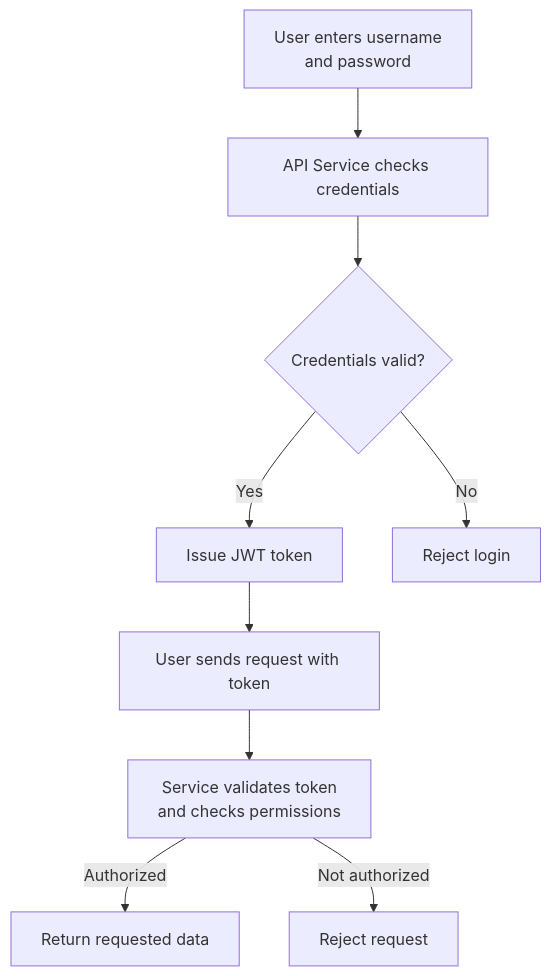
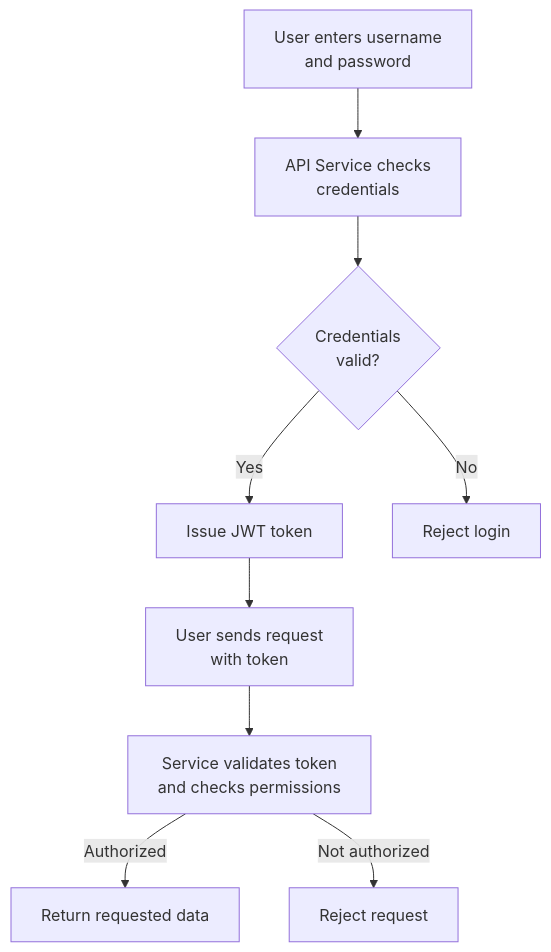
Before and after one commit to shadistaite/gym-management-system: the second of 2 diagrams in docs/architecture.md, drawn with Mermaid. The commit also changed other lines of this file, not shown here.

Commit message:
fix diagram padding

````diff
--- a/docs/architecture.md
+++ b/docs/architecture.md
@@ -45,31 +38,21 @@
 ```mermaid
 flowchart TD
     A["User enters username<br/>and password"]
-    B["API Service checks credentials"]
-    C{"Credentials valid?"}
+    B["API Service checks<br/>credentials"]
+    C{"Credentials<br/>valid?"}
     D["Issue JWT token"]
     E["Reject login"]
-    F["User sends request with token"]
+    F["User sends request<br/>with token"]
     G["Service validates token<br/>and checks permissions"]
     H["Return requested data"]
     I["Reject request"]
 
     A --> B
     B --> C
     C -->|Yes| D
     C -->|No| E
     D --> F
     F --> G
     G -->|Authorized| H
     G -->|Not authorized| I
-
-    style A padding:20px
-    style B padding:30px
-    style C padding:25px
-    style D padding:25px
-    style E padding:25px
-    style F padding:30px
-    style G padding:35px
-    style H padding:25px
-    style I padding:25px
 ```
````
